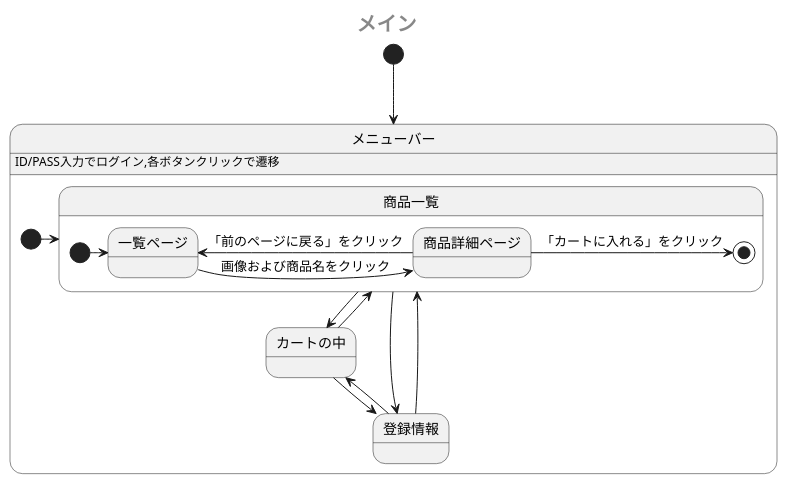
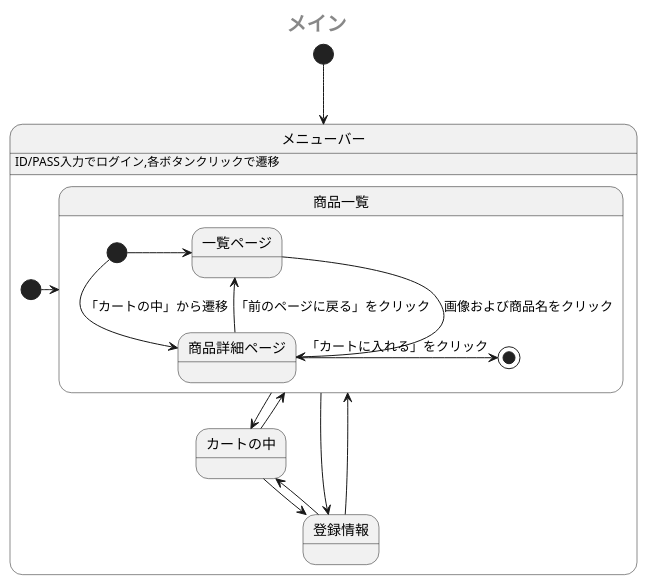
One commit to Aso2001385/2021sys-design changed the first of 2 diagrams in sample/StateMachine.md. Above: the diagram before and after it, drawn with PlantUML.

````diff
--- a/sample/StateMachine.md
+++ b/sample/StateMachine.md
@@ -1,28 +1,29 @@
 ```uml
 @startuml
  center header <size:20><b>メイン</b></size>
  [*] --> メニューバー
  state メニューバー {
    メニューバー: ID/PASS入力でログイン,各ボタンクリックで遷移
    [*] -> 商品一覧
    state 商品一覧 {
     [*] -> 一覧ページ
+    [*] --> 商品詳細ページ: 「カートの中」から遷移
     一覧ページ -right-> 商品詳細ページ: 画像および商品名をクリック
     商品詳細ページ -left-> 一覧ページ: 「前のページに戻る」をクリック
     商品詳細ページ -right-> [*]: 「カートに入れる」をクリック
     
    }
    商品一覧 -down-> カートの中
    カートの中 -up-> 商品一覧
    カートの中 -down-> 登録情報
    登録情報 -up-> カートの中
    商品一覧 -right-> 登録情報
    商品一覧 -[hidden]> 登録情報
    登録情報 -left-> 商品一覧
    登録情報 -[hidden]> 商品一覧
    
 
  }
  
 @enduml
 ```
````
